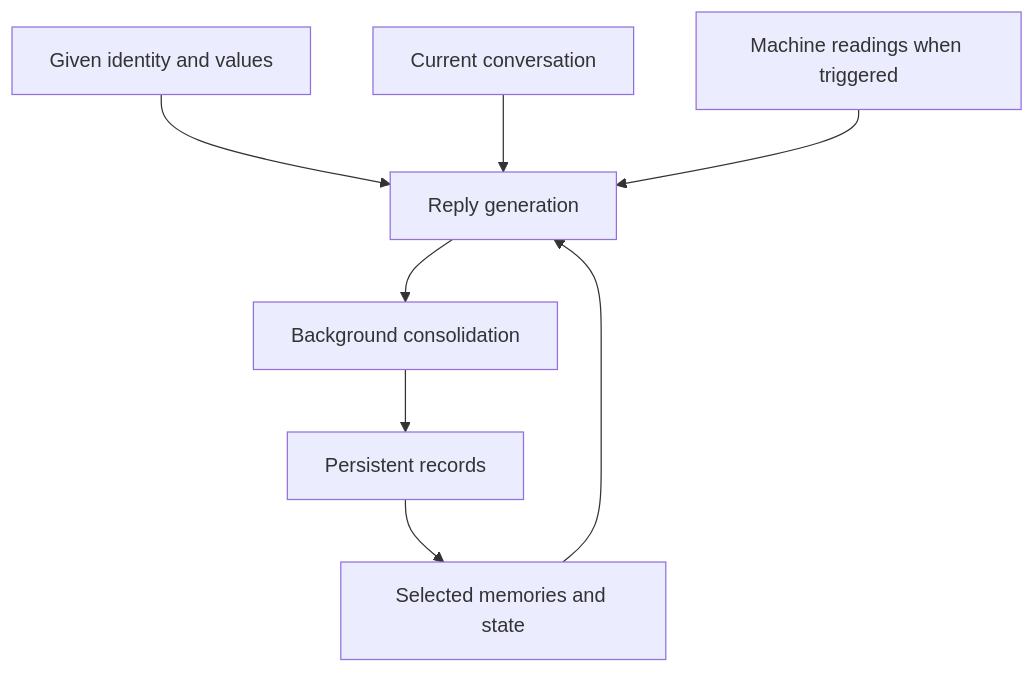
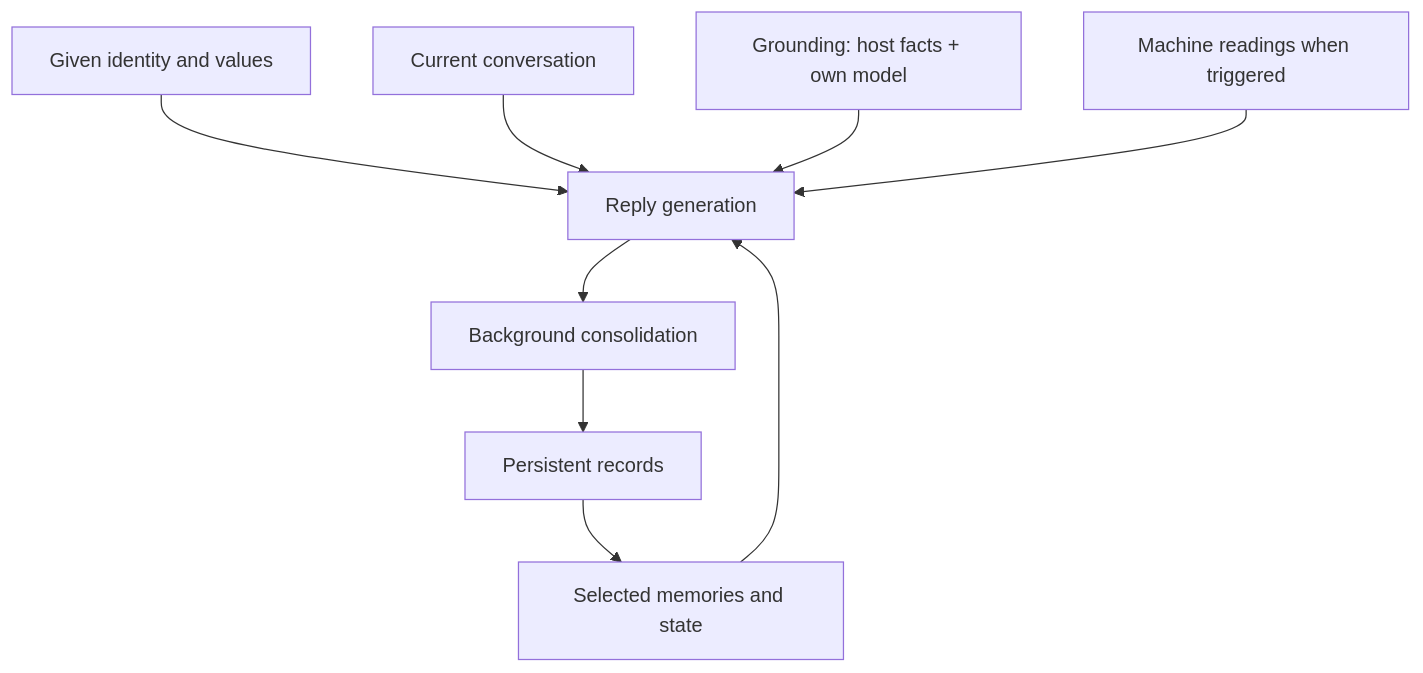
Before and after one commit to proto6699/neco-ai: the diagram in README.md, drawn with Mermaid. The commit also changed other lines of this file and 8 other files, not shown here.

First line of the commit message:
Add grounding: host facts and self-knowledge

````diff
--- a/README.md
+++ b/README.md
@@ -151,10 +177,11 @@
 ```mermaid
 flowchart TD
     S["Given identity and values"] --> P["Reply generation"]
     U["Current conversation"] --> P
     R["Selected memories and state"] --> P
+    G["Grounding: host facts + own model"] --> P
     M["Machine readings when triggered"] --> P
     P --> C["Background consolidation"]
     C --> D["Persistent records"]
     D --> R
 ```
````
